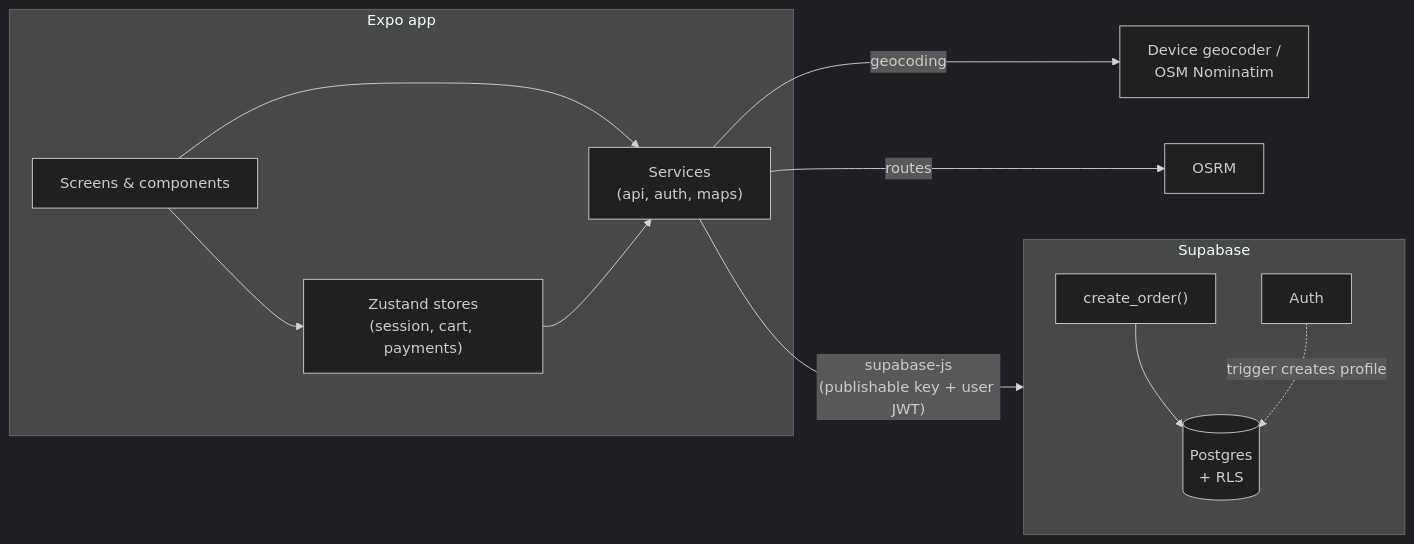
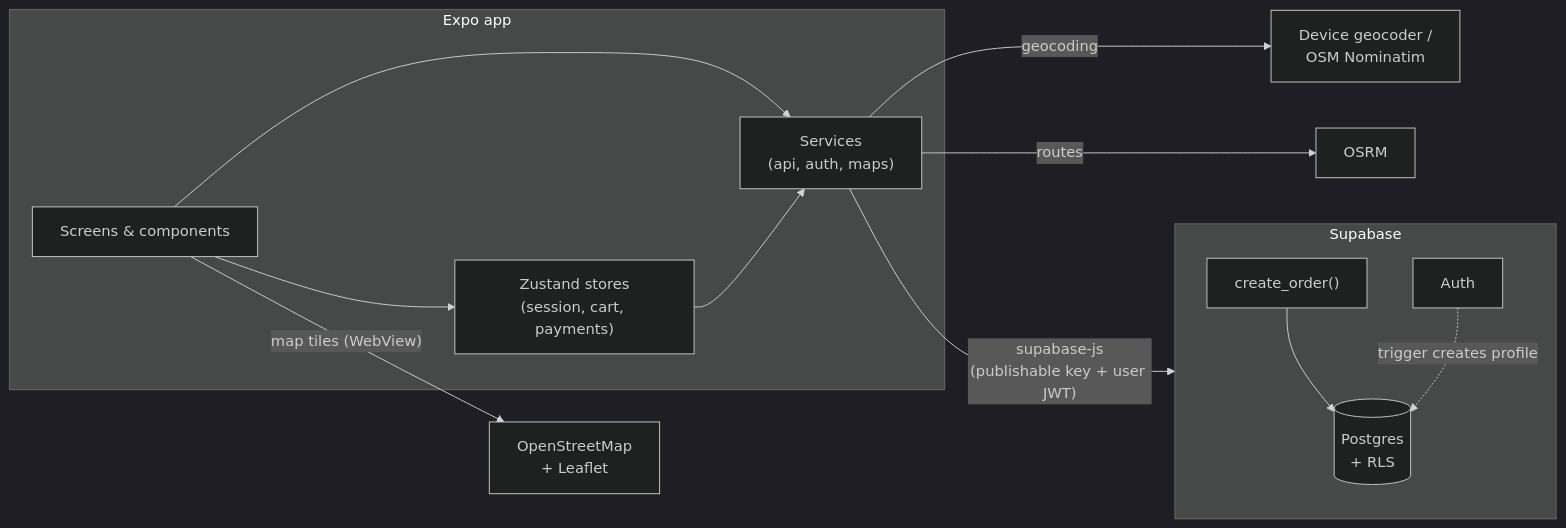
The first of 2 diagrams in README.md (DevKevZeb/compraYa), drawn with Mermaid (dark theme) before and after one commit. The commit also changed other lines of this file and 5 other files, not shown here.

First line of the commit message:
fix(map): render the delivery map with Leaflet and OpenStreetMap tiles

````diff
--- a/README.md
+++ b/README.md
@@ -54,20 +55,21 @@
 ```mermaid
 flowchart LR
   subgraph App["Expo app"]
     UI["Screens & components"] --> Stores["Zustand stores<br/>(session, cart, payments)"]
     UI --> Services["Services<br/>(api, auth, maps)"]
     Stores --> Services
   end
 
   Services -->|"supabase-js<br/>(publishable key + user JWT)"| Supabase
   Services -->|geocoding| Nominatim["Device geocoder /<br/>OSM Nominatim"]
+  UI -->|"map tiles (WebView)"| OSM["OpenStreetMap<br/>+ Leaflet"]
   Services -->|routes| OSRM["OSRM"]
 
   subgraph Supabase
     Auth["Auth"]
     DB[("Postgres<br/>+ RLS")]
     RPC["create_order()"]
     RPC --> DB
     Auth -. "trigger creates profile" .-> DB
   end
 ```
````
